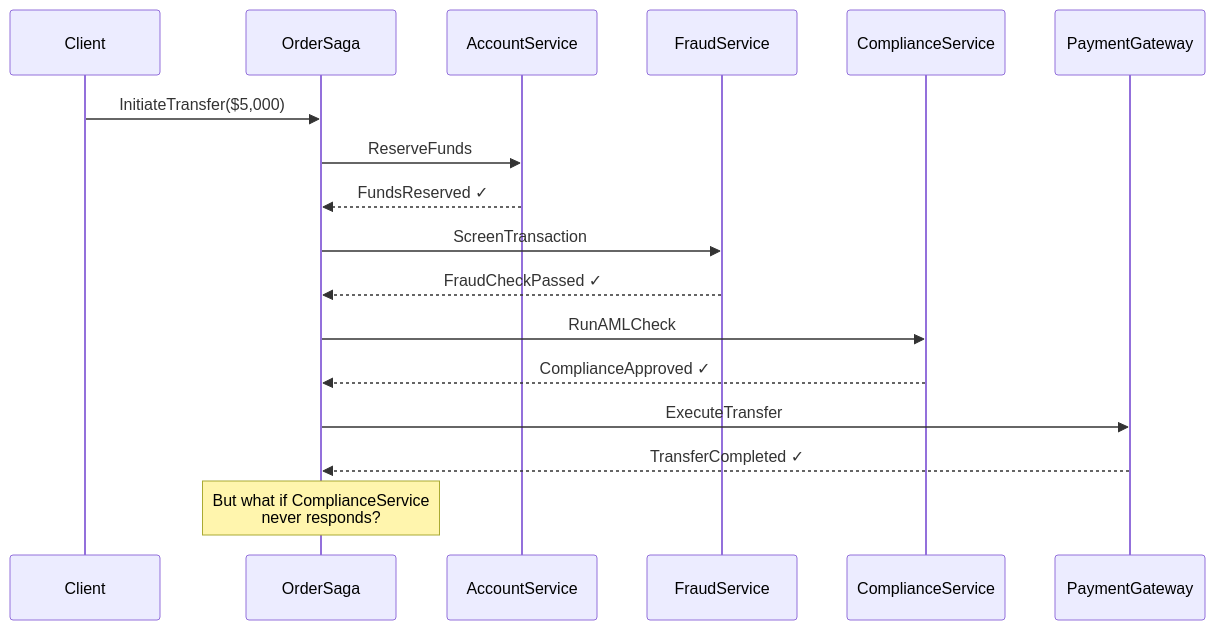
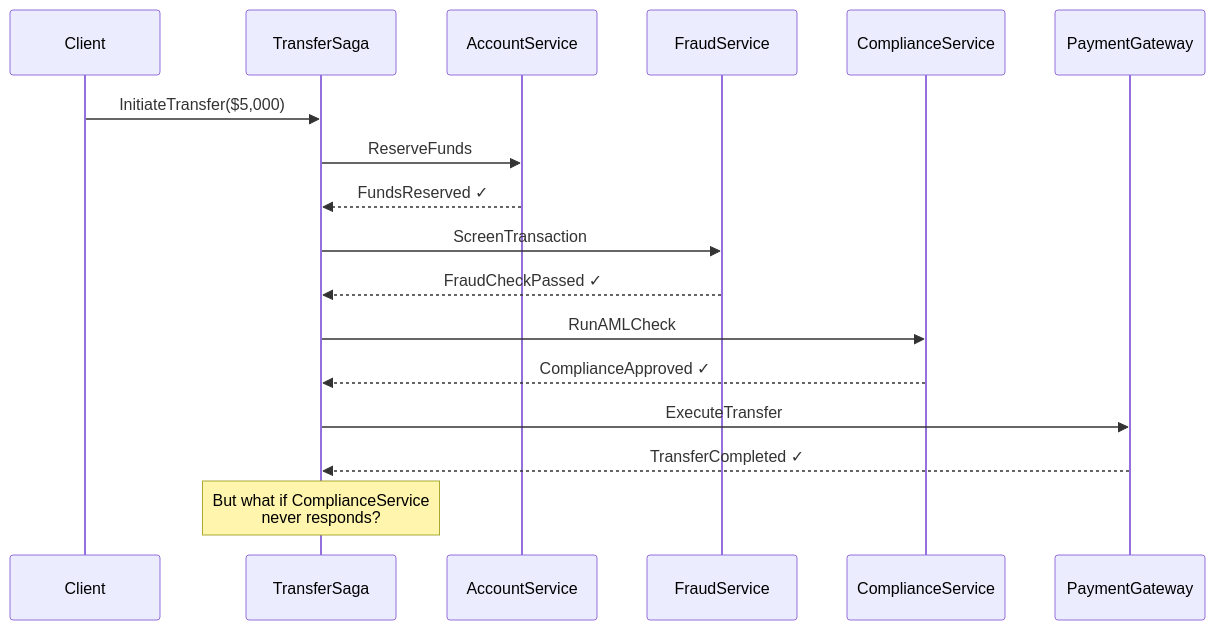
The first of 3 diagrams in content/english/blog/axon-framework-jobrunr-pro.md (jobrunr/website), drawn with Mermaid before and after one commit. The commit also changed other lines of this file, not shown here.

Commit message:
update about saga pattern blogpost

````diff
--- a/content/english/blog/axon-framework-jobrunr-pro.md
+++ b/content/english/blog/axon-framework-jobrunr-pro.md
@@ -72,24 +80,24 @@
 ```mermaid
 sequenceDiagram
     participant Client
-    participant OrderSaga
+    participant TransferSaga
     participant AccountService
     participant FraudService
     participant ComplianceService
     participant PaymentGateway
 
-    Client->>OrderSaga: InitiateTransfer($5,000)
-    OrderSaga->>AccountService: ReserveFunds
-    AccountService-->>OrderSaga: FundsReserved ✓
+    Client->>TransferSaga: InitiateTransfer($5,000)
+    TransferSaga->>AccountService: ReserveFunds
+    AccountService-->>TransferSaga: FundsReserved ✓
 
-    OrderSaga->>FraudService: ScreenTransaction
-    FraudService-->>OrderSaga: FraudCheckPassed ✓
+    TransferSaga->>FraudService: ScreenTransaction
+    FraudService-->>TransferSaga: FraudCheckPassed ✓
 
-    OrderSaga->>ComplianceService: RunAMLCheck
-    ComplianceService-->>OrderSaga: ComplianceApproved ✓
+    TransferSaga->>ComplianceService: RunAMLCheck
+    ComplianceService-->>TransferSaga: ComplianceApproved ✓
 
-    OrderSaga->>PaymentGateway: ExecuteTransfer
-    PaymentGateway-->>OrderSaga: TransferCompleted ✓
+    TransferSaga->>PaymentGateway: ExecuteTransfer
+    PaymentGateway-->>TransferSaga: TransferCompleted ✓
 
-    Note over OrderSaga: But what if ComplianceService<br/>never responds?
+    Note over TransferSaga: But what if ComplianceService<br/>never responds?
 ```
````
